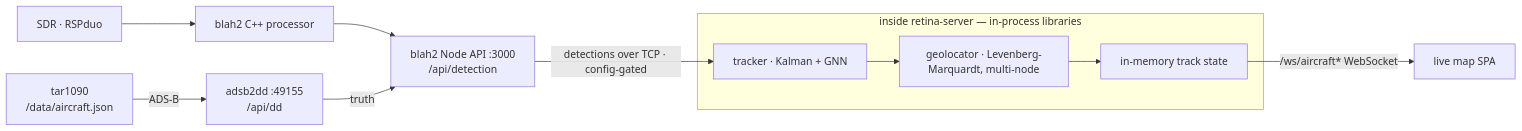
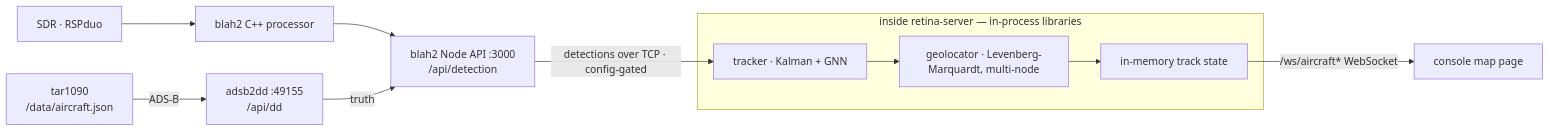
Before and after one commit to offworldlabs/claude-shared: the second of 4 diagrams in docs/architecture.md, drawn with Mermaid. The commit also changed other lines of this file and 1 other file, not shown here.

First line of the commit message:
docs: route the console's pages from app.retina.fm's root (#32)

````diff
--- a/docs/architecture.md
+++ b/docs/architecture.md
@@ -71,15 +72,15 @@
 ```mermaid
 flowchart LR
   tar[tar1090<br/>/data/aircraft.json] -->|ADS-B| a2d[adsb2dd :49155<br/>/api/dd]
   sdr[SDR · RSPduo] --> blah[blah2 C++ processor]
   blah --> api[blah2 Node API :3000<br/>/api/detection]
   a2d -->|truth| api
   api -->|detections over TCP · config-gated| trk
 
   subgraph central["inside retina-server — in-process libraries"]
     trk[tracker · Kalman + GNN] --> geo[geolocator · Levenberg-Marquardt, multi-node]
     geo --> state[in-memory track state]
   end
 
-  state -->|/ws/aircraft* WebSocket| map[live map SPA]
+  state -->|/ws/aircraft* WebSocket| map[console map page]
 ```
````
